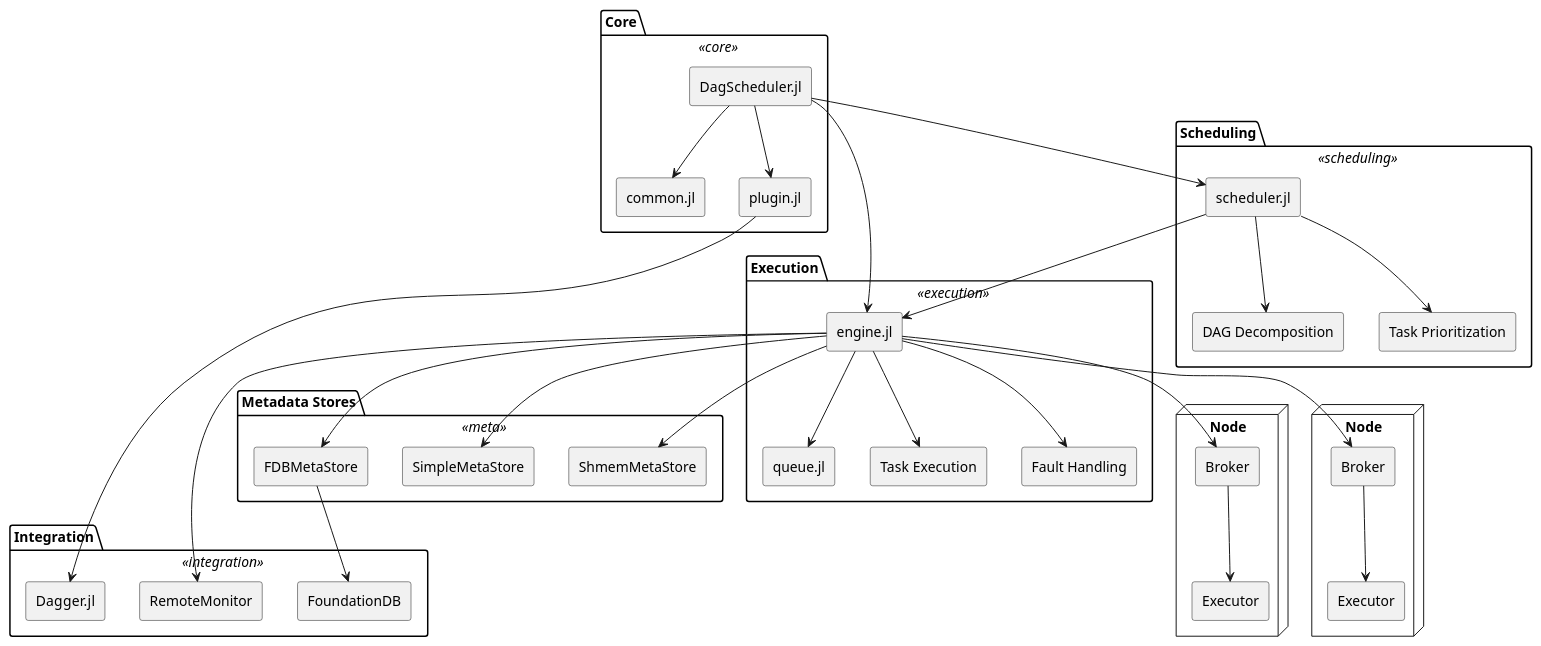
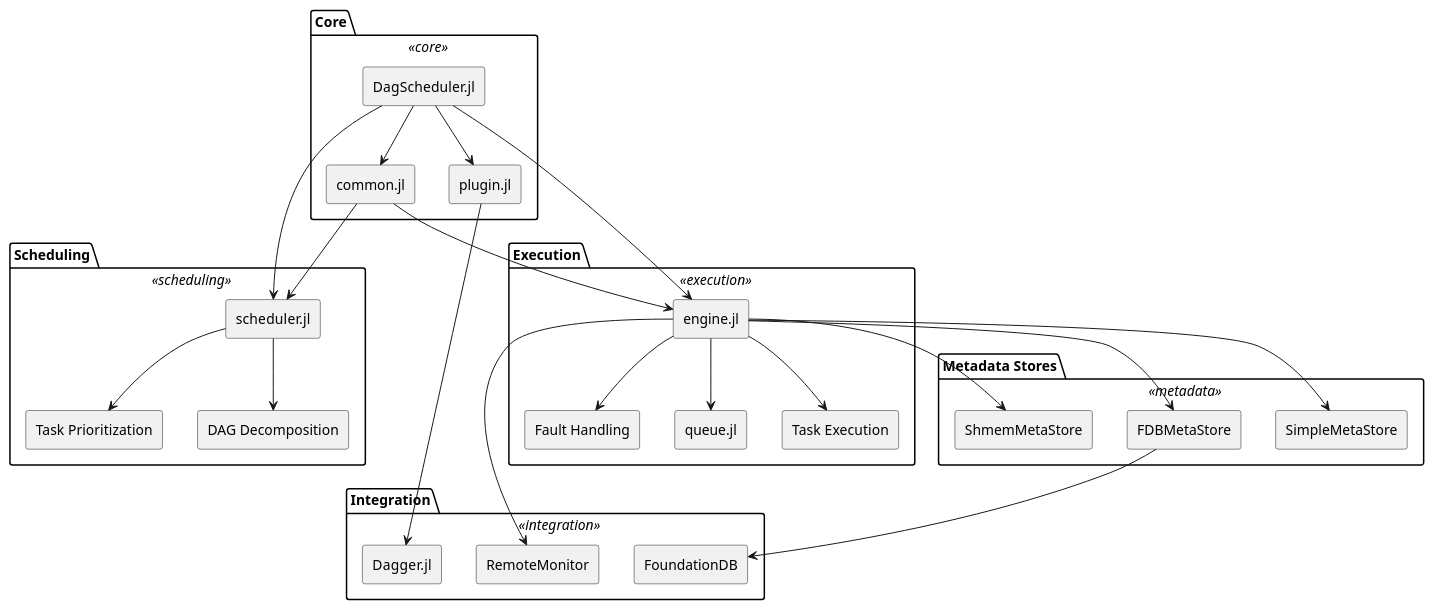
One commit to sa4s-serc/ViewGeneration changed the diagram in experiemts/promptTechniques/1shot/Deepseek_V2.5/Code/oneShot_deepseek_plantumlcode/JuliaParallel_DagScheduler.jl.puml. Above: the diagram before and after it, drawn with PlantUML. The commit also changed 293 other files, not shown here.

```diff
--- a/experiemts/promptTechniques/1shot/Deepseek_V2.5/Code/oneShot_deepseek_plantumlcode/JuliaParallel_DagScheduler.jl.puml
+++ b/experiemts/promptTechniques/1shot/Deepseek_V2.5/Code/oneShot_deepseek_plantumlcode/JuliaParallel_DagScheduler.jl.puml
@@ -1,74 +1,60 @@
 @startuml JuliaParallel_DagScheduler.jl
 skinparam rectangle {
   BackgroundColor<<core>> #d9e7fd
   BackgroundColor<<scheduling>> #d8f5d3
   BackgroundColor<<execution>> #fddddd
-  BackgroundColor<<meta>> #fff1c9
+  BackgroundColor<<metadata>> #fff1c9
   BackgroundColor<<integration>> #e6d9fd
   Style roundrect
 }
 skinparam defaultTextAlignment center
 
 package "Core" <<core>> {
   rectangle "DagScheduler.jl" as MainModule
   rectangle "common.jl" as Common
   rectangle "plugin.jl" as Plugin
   MainModule --> Common
   MainModule --> Plugin
 }
 
 package "Scheduling" <<scheduling>> {
   rectangle "scheduler.jl" as Scheduler
-  rectangle "DAG Decomposition" as DAGDecomp
-  rectangle "Task Prioritization" as TaskPriority
-  Scheduler --> DAGDecomp
-  Scheduler --> TaskPriority
+  rectangle "Task Prioritization" as Prioritization
+  rectangle "DAG Decomposition" as Decomposition
+  Scheduler --> Prioritization
+  Scheduler --> Decomposition
 }
 
 package "Execution" <<execution>> {
   rectangle "engine.jl" as Engine
   rectangle "queue.jl" as Queue
   rectangle "Task Execution" as TaskExec
   rectangle "Fault Handling" as FaultHandling
   Engine --> Queue
   Engine --> TaskExec
   Engine --> FaultHandling
 }
 
-package "Metadata Stores" <<meta>> {
+package "Metadata Stores" <<metadata>> {
   rectangle "ShmemMetaStore" as Shmem
   rectangle "SimpleMetaStore" as Simple
   rectangle "FDBMetaStore" as FDB
 }
 
 package "Integration" <<integration>> {
   rectangle "Dagger.jl" as Dagger
-  rectangle "RemoteMonitor" as RemoteMonitor
+  rectangle "RemoteMonitor" as Monitor
   rectangle "FoundationDB" as FoundationDB
 }
 
 MainModule --> Scheduler
 MainModule --> Engine
-Scheduler --> Engine
+Common --> Scheduler
+Common --> Engine
 Engine --> Shmem
 Engine --> Simple
 Engine --> FDB
 Plugin --> Dagger
 FDB --> FoundationDB
-Engine --> RemoteMonitor
-
-node "Node" as Node1 {
-  rectangle "Broker" as Broker1
-  rectangle "Executor" as Executor1
-  Broker1 --> Executor1
-}
-
-node "Node" as Node2 {
-  rectangle "Broker" as Broker2
-  rectangle "Executor" as Executor2
-  Broker2 --> Executor2
-}
-
-Engine --> Broker1
-Engine --> Broker2
+Engine --> Monitor
 @enduml
```
